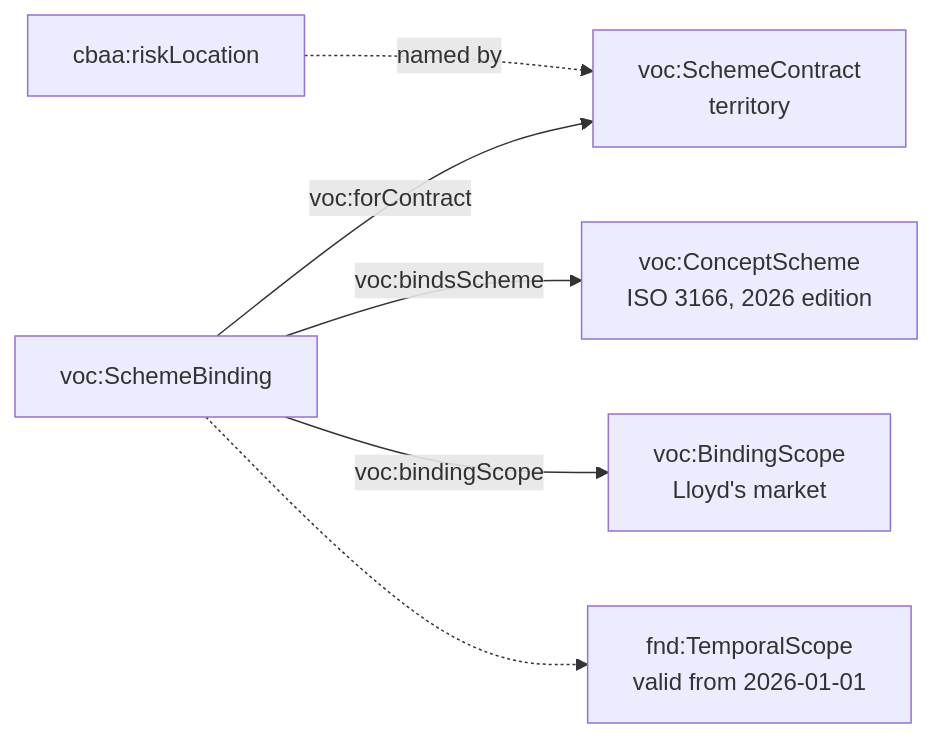
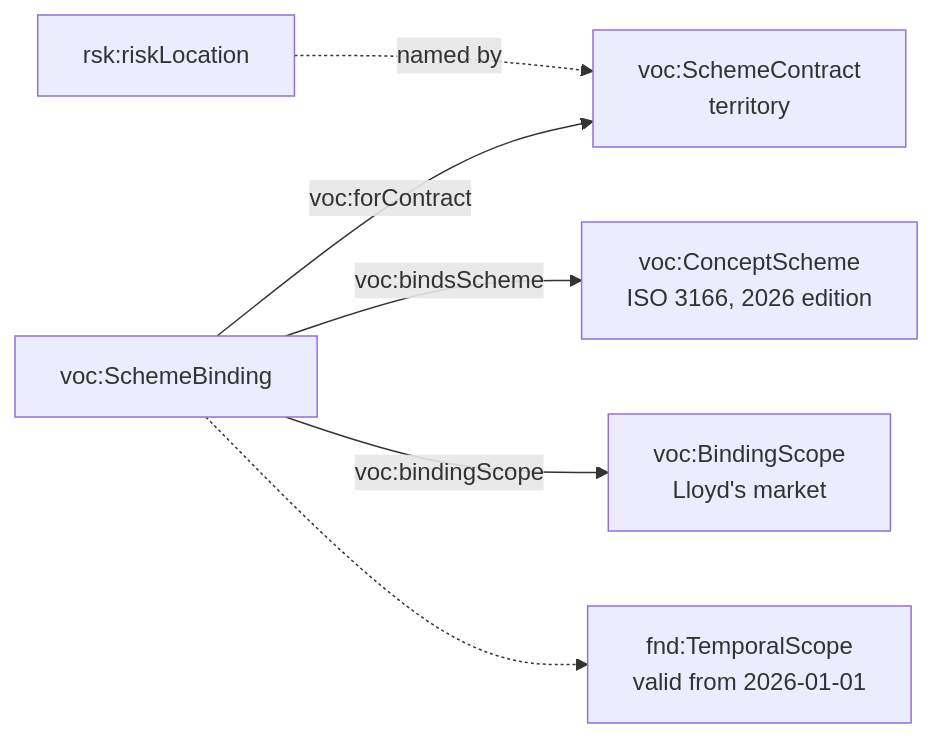
Diagram 25 of 52 in docs/architecture.md (nebularis/open-cbaa), drawn with Mermaid before and after one commit. The commit also changed other lines of this file and 44 other files, not shown here.

````diff
--- a/docs/architecture.md
+++ b/docs/architecture.md
@@ -526,8 +537,8 @@
 ```mermaid
 flowchart LR
-    PROP["cbaa:riskLocation"] -.->|"named by"| SC["voc:SchemeContract<br/>territory"]
+    PROP["rsk:riskLocation"] -.->|"named by"| SC["voc:SchemeContract<br/>territory"]
     SB1["voc:SchemeBinding"] -->|"voc:forContract"| SC
     SB1 -->|"voc:bindsScheme"| E1["voc:ConceptScheme<br/>ISO 3166, 2026 edition"]
     SB1 -->|"voc:bindingScope"| BS["voc:BindingScope<br/>Lloyd's market"]
     SB1 -.-> TS["fnd:TemporalScope<br/>valid from 2026-01-01"]
 ```
````
